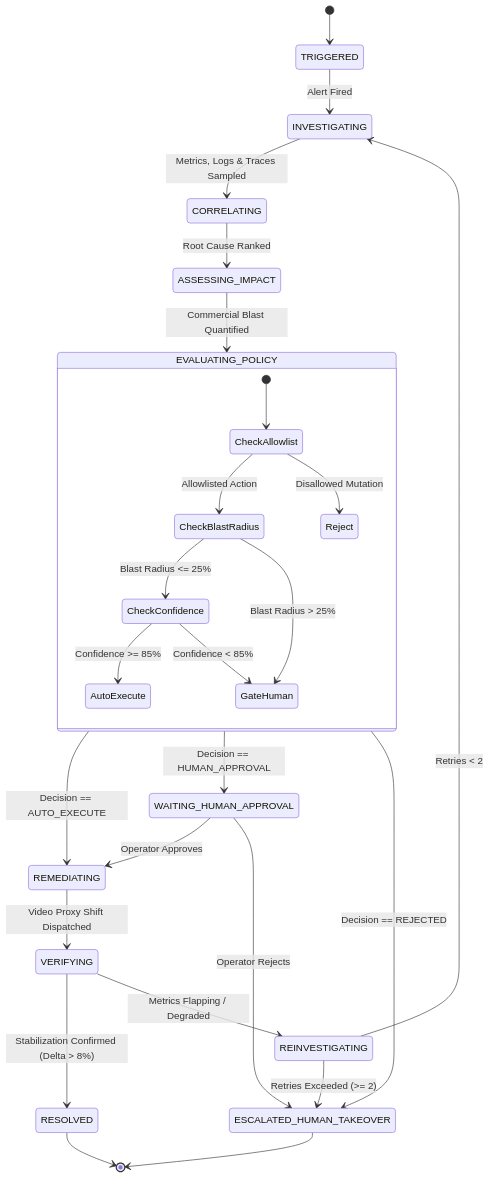
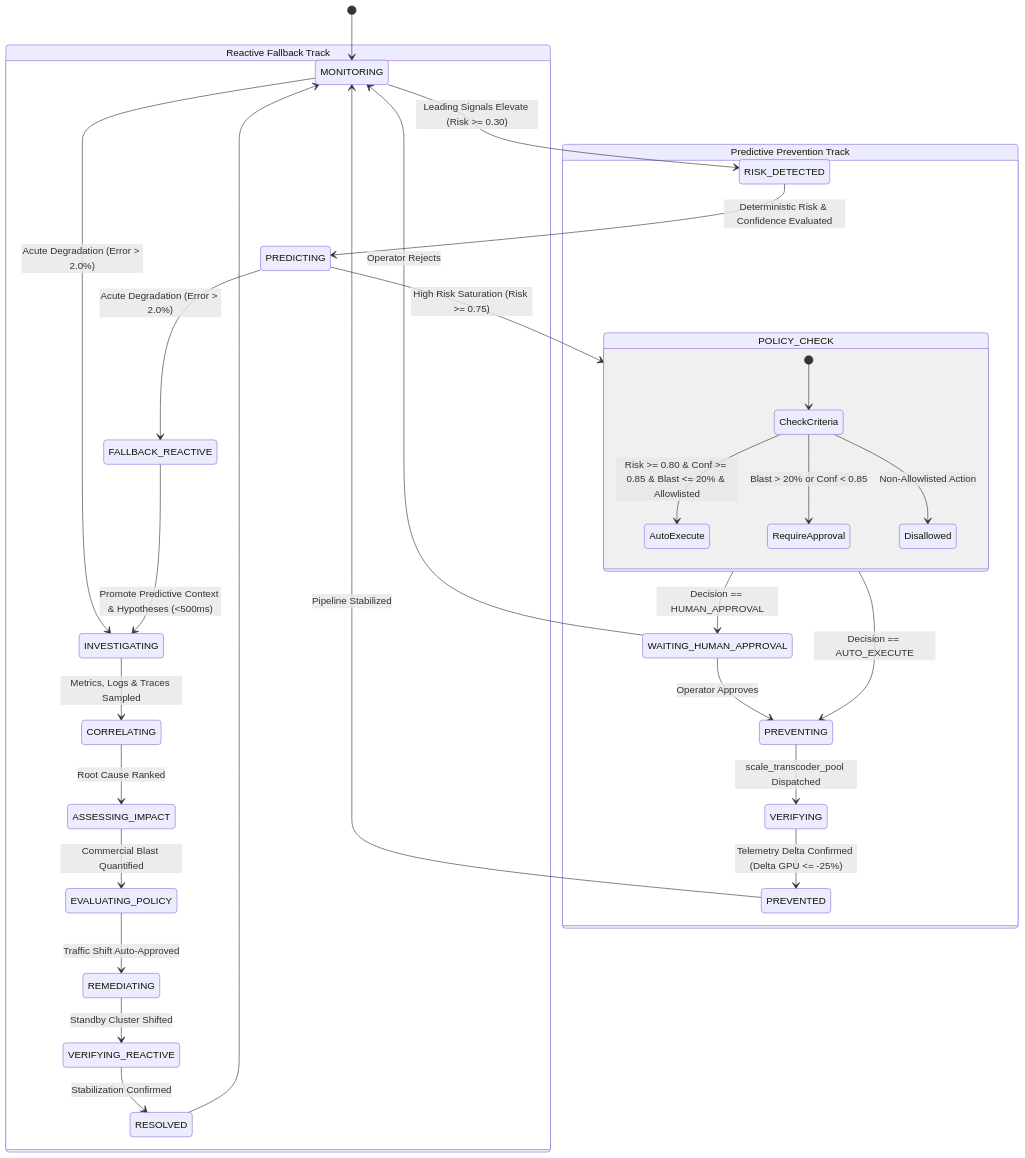
One commit to Harinath0225/studio_guardian changed the second of 2 diagrams in ARCHITECTURE.md. Above: the diagram before and after it, drawn with Mermaid. The commit also changed other lines of this file and 118 other files, not shown here.

````diff
--- a/ARCHITECTURE.md
+++ b/ARCHITECTURE.md
@@ -87,34 +124,40 @@
 ```mermaid
 stateDiagram-v2
-    [*] --> TRIGGERED
-    TRIGGERED --> INVESTIGATING: Alert Fired
-    INVESTIGATING --> CORRELATING: Metrics, Logs & Traces Sampled
-    CORRELATING --> ASSESSING_IMPACT: Root Cause Ranked
-    ASSESSING_IMPACT --> EVALUATING_POLICY: Commercial Blast Quantified
+    [*] --> MONITORING
     
-    state EVALUATING_POLICY {
-        [*] --> CheckAllowlist
-        CheckAllowlist --> CheckBlastRadius: Allowlisted Action
-        CheckBlastRadius --> CheckConfidence: Blast Radius <= 25%
-        CheckConfidence --> AutoExecute: Confidence >= 85%
-        CheckBlastRadius --> GateHuman: Blast Radius > 25%
-        CheckConfidence --> GateHuman: Confidence < 85%
-        CheckAllowlist --> Reject: Disallowed Mutation
+    state "Predictive Prevention Track" as PredictiveTrack {
+        MONITORING --> RISK_DETECTED: Leading Signals Elevate (Risk >= 0.30)
+        RISK_DETECTED --> PREDICTING: Deterministic Risk & Confidence Evaluated
+        PREDICTING --> POLICY_CHECK: High Risk Saturation (Risk >= 0.75)
+        
+        state POLICY_CHECK {
+            [*] --> CheckCriteria
+            CheckCriteria --> AutoExecute: Risk >= 0.80 & Conf >= 0.85 & Blast <= 20% & Allowlisted
+            CheckCriteria --> RequireApproval: Blast > 20% or Conf < 0.85
+            CheckCriteria --> Disallowed: Non-Allowlisted Action
+        }
+        
+        POLICY_CHECK --> PREVENTING: Decision == AUTO_EXECUTE
+        POLICY_CHECK --> WAITING_HUMAN_APPROVAL: Decision == HUMAN_APPROVAL
+        WAITING_HUMAN_APPROVAL --> PREVENTING: Operator Approves
+        WAITING_HUMAN_APPROVAL --> MONITORING: Operator Rejects
+        
+        PREVENTING --> VERIFYING: scale_transcoder_pool Dispatched
+        VERIFYING --> PREVENTED: Telemetry Delta Confirmed (Delta GPU <= -25%)
+        PREVENTED --> MONITORING: Pipeline Stabilized
     }
 
-    EVALUATING_POLICY --> REMEDIATING: Decision == AUTO_EXECUTE
-    EVALUATING_POLICY --> WAITING_HUMAN_APPROVAL: Decision == HUMAN_APPROVAL
-    EVALUATING_POLICY --> ESCALATED_HUMAN_TAKEOVER: Decision == REJECTED
-
-    WAITING_HUMAN_APPROVAL --> REMEDIATING: Operator Approves
-    WAITING_HUMAN_APPROVAL --> ESCALATED_HUMAN_TAKEOVER: Operator Rejects
-
-    REMEDIATING --> VERIFYING: Video Proxy Shift Dispatched
-    VERIFYING --> RESOLVED: Stabilization Confirmed (Delta > 8%)
-    VERIFYING --> REINVESTIGATING: Metrics Flapping / Degraded
-    REINVESTIGATING --> INVESTIGATING: Retries < 2
-    REINVESTIGATING --> ESCALATED_HUMAN_TAKEOVER: Retries Exceeded (>= 2)
-
-    RESOLVED --> [*]
-    ESCALATED_HUMAN_TAKEOVER --> [*]
+    state "Reactive Fallback Track" as ReactiveTrack {
+        MONITORING --> INVESTIGATING: Acute Degradation (Error > 2.0%)
+        PREDICTING --> FALLBACK_REACTIVE: Acute Degradation (Error > 2.0%)
+        FALLBACK_REACTIVE --> INVESTIGATING: Promote Predictive Context & Hypotheses (<500ms)
+        
+        INVESTIGATING --> CORRELATING: Metrics, Logs & Traces Sampled
+        CORRELATING --> ASSESSING_IMPACT: Root Cause Ranked
+        ASSESSING_IMPACT --> EVALUATING_POLICY: Commercial Blast Quantified
+        EVALUATING_POLICY --> REMEDIATING: Traffic Shift Auto-Approved
+        REMEDIATING --> VERIFYING_REACTIVE: Standby Cluster Shifted
+        VERIFYING_REACTIVE --> RESOLVED: Stabilization Confirmed
+        RESOLVED --> MONITORING
+    }
 ```
````
